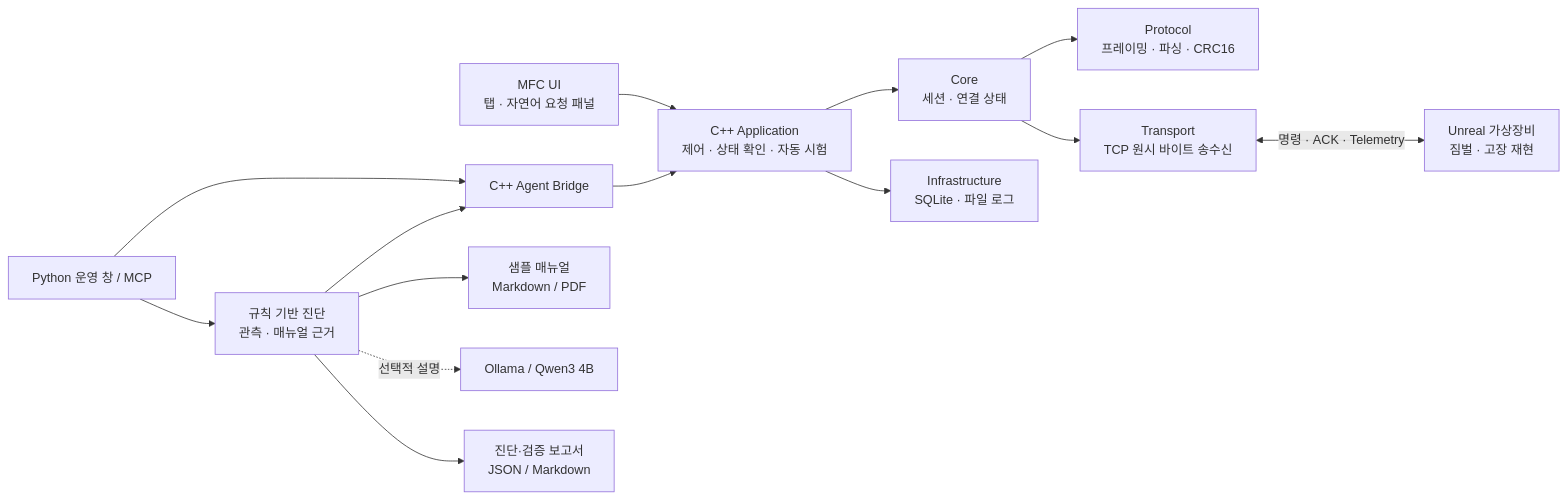
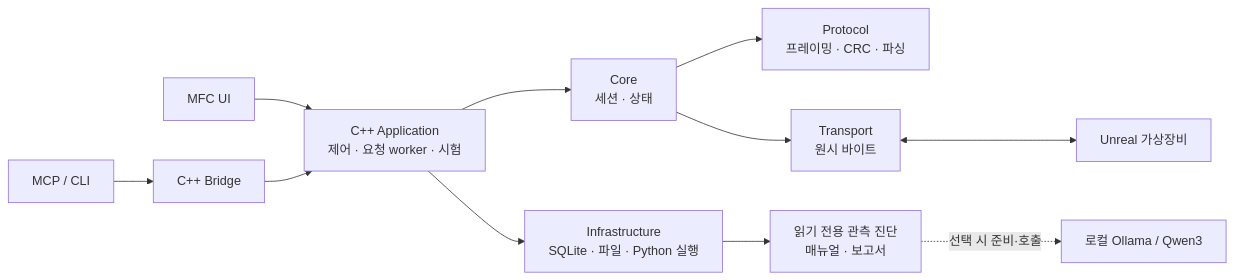
Before and after one commit to jihoon-c/DeviceLink-Studio: the first of 2 diagrams in README.md, drawn with Mermaid. The commit also changed other lines of this file and 3 other files, not shown here.

````diff
--- a/README.md
+++ b/README.md
@@ -22,16 +29,12 @@
 ```mermaid
 flowchart LR
-    MFC["MFC UI<br/>탭 · 자연어 요청 패널"] --> APP["C++ Application<br/>제어 · 상태 확인 · 자동 시험"]
-    PY["Python 운영 창 / MCP"] --> BRIDGE["C++ Agent Bridge"]
-    BRIDGE --> APP
-    APP --> CORE["Core<br/>세션 · 연결 상태"]
-    CORE --> PROTOCOL["Protocol<br/>프레이밍 · 파싱 · CRC16"]
-    CORE --> TRANSPORT["Transport<br/>TCP 원시 바이트 송수신"]
-    TRANSPORT <-->|"명령 · ACK · Telemetry"| UE["Unreal 가상장비<br/>짐벌 · 고장 재현"]
-    APP --> INFRA["Infrastructure<br/>SQLite · 파일 로그"]
-    PY --> DIAG["규칙 기반 진단<br/>관측 · 매뉴얼 근거"]
-    DIAG --> BRIDGE
-    DIAG --> MANUAL["샘플 매뉴얼<br/>Markdown / PDF"]
-    DIAG -.->|"선택적 설명"| LLM["Ollama / Qwen3 4B"]
-    DIAG --> REPORT["진단·검증 보고서<br/>JSON / Markdown"]
+    UI["MFC UI"] --> APP["C++ Application<br/>제어 · 요청 worker · 시험"]
+    APP --> CORE["Core<br/>세션 · 상태"]
+    CORE --> PROTO["Protocol<br/>프레이밍 · CRC · 파싱"]
+    CORE --> TCP["Transport<br/>원시 바이트"]
+    TCP <--> UE["Unreal 가상장비"]
+    APP --> INFRA["Infrastructure<br/>SQLite · 파일 · Python 실행"]
+    INFRA --> DIAG["읽기 전용 관측 진단<br/>매뉴얼 · 보고서"]
+    DIAG -. "선택 시 준비·호출" .-> LLM["로컬 Ollama / Qwen3"]
+    MCP["MCP / CLI"] --> BRIDGE["C++ Bridge"] --> APP
 ```
````
